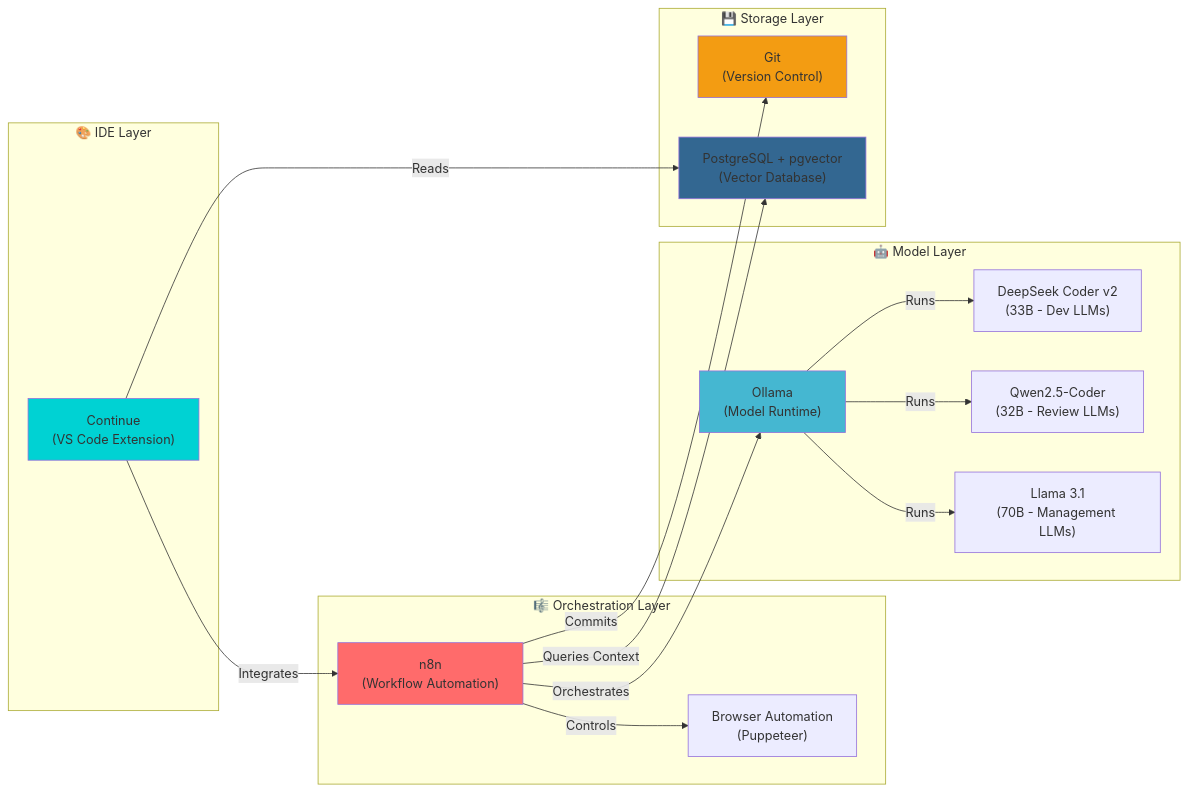
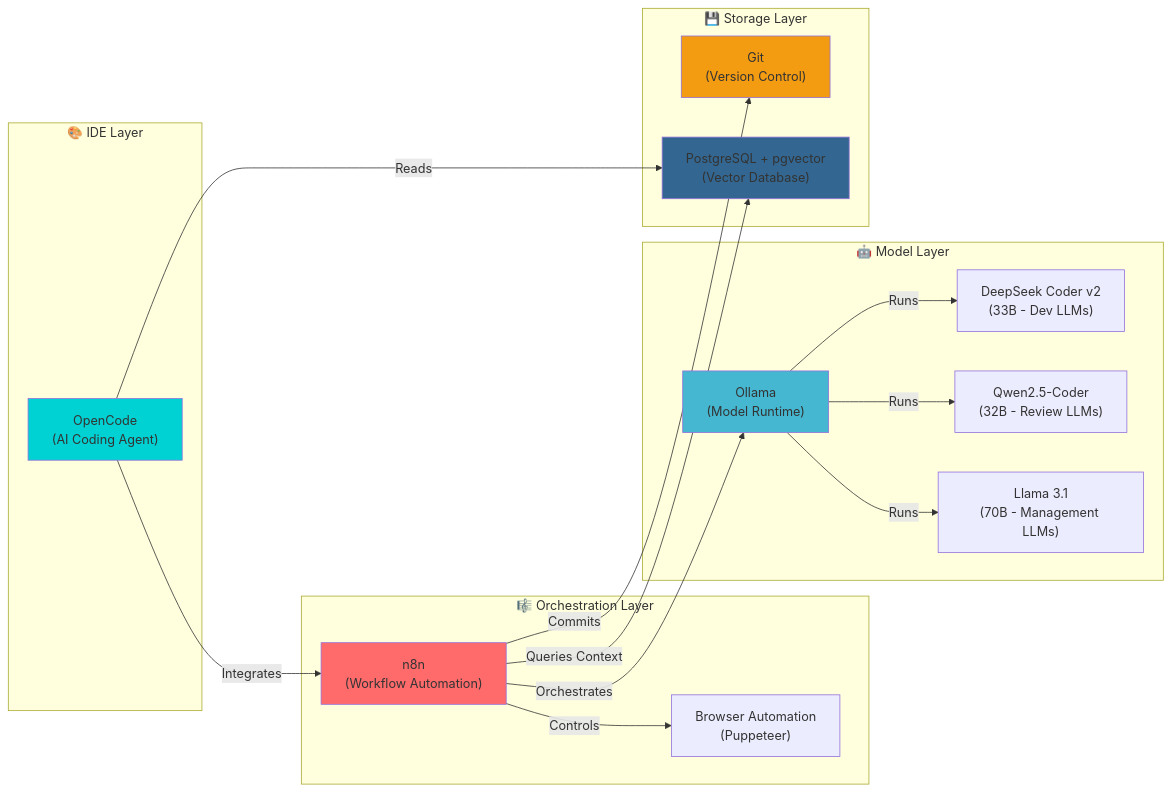
The fourth of 13 diagrams in blog/personal/2025-01-26-lokale-ai-dev-omgeving.md (rubenvdlinde/rubenlinde), drawn with Mermaid before and after one commit. The commit also changed other lines of this file, not shown here.

Commit message:
Replace Continue with OpenCode.ai: update to correct open source AI coding agent (45K stars, 650K monthly devs), update all references, setup instructions, and add source citation

````diff
--- a/blog/personal/2025-01-26-lokale-ai-dev-omgeving.md
+++ b/blog/personal/2025-01-26-lokale-ai-dev-omgeving.md
@@ -333,39 +333,39 @@
 ```mermaid
 graph LR
     subgraph IDE["🎨 IDE Layer"]
-        Continue["Continue<br/>(VS Code Extension)"]
+        OpenCode["OpenCode<br/>(AI Coding Agent)"]
     end
 
     subgraph Orchestration["🎼 Orchestration Layer"]
         n8n["n8n<br/>(Workflow Automation)"]
         Browser["Browser Automation<br/>(Puppeteer)"]
     end
 
     subgraph Models["🤖 Model Layer"]
         Ollama["Ollama<br/>(Model Runtime)"]
         DeepSeek["DeepSeek Coder v2<br/>(33B - Dev LLMs)"]
         Qwen["Qwen2.5-Coder<br/>(32B - Review LLMs)"]
         Llama["Llama 3.1<br/>(70B - Management LLMs)"]
     end
 
     subgraph Storage["💾 Storage Layer"]
         Git["Git<br/>(Version Control)"]
         PG["PostgreSQL + pgvector<br/>(Vector Database)"]
     end
 
-    Continue -->|Integrates| n8n
+    OpenCode -->|Integrates| n8n
     n8n -->|Orchestrates| Ollama
     n8n -->|Controls| Browser
     Ollama -->|Runs| DeepSeek
     Ollama -->|Runs| Qwen
     Ollama -->|Runs| Llama
     n8n -->|Commits| Git
     n8n -->|Queries Context| PG
-    Continue -->|Reads| PG
+    OpenCode -->|Reads| PG
 
-    style Continue fill:#00d2d3
+    style OpenCode fill:#00d2d3
     style n8n fill:#ff6b6b
     style Ollama fill:#45b7d1
     style Git fill:#f39c12
     style PG fill:#336791
 ```
````
